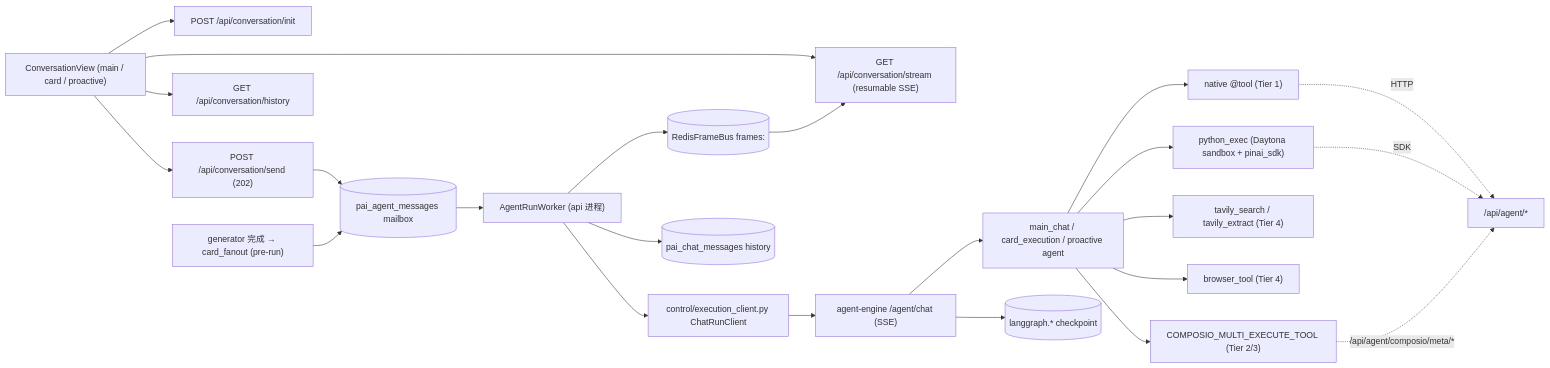
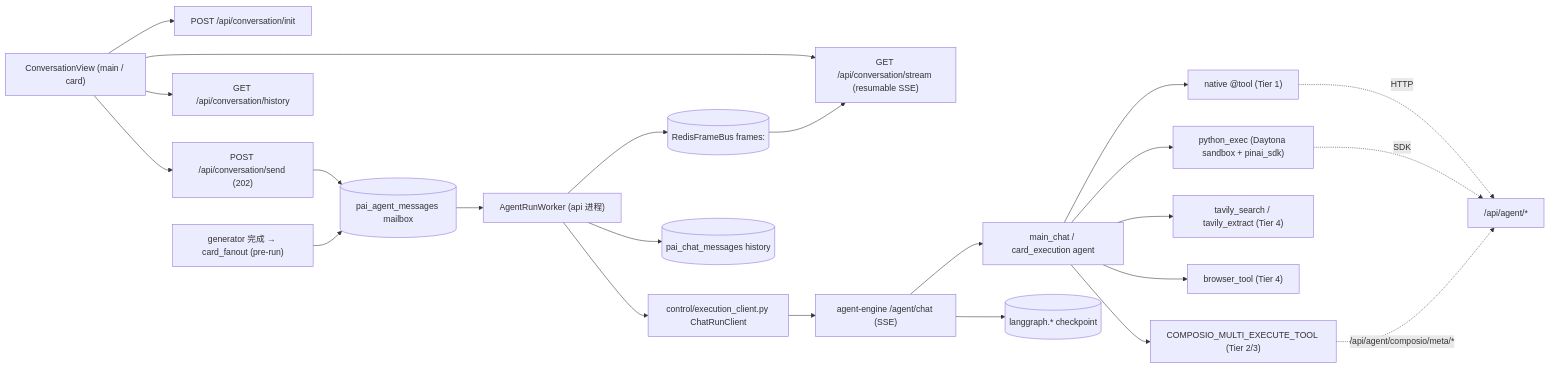
Before and after one commit to Edge-AI-HQ/proactive-assistant: the first of 2 diagrams in docs/modules/execution.mdx, drawn with Mermaid. The commit also changed other lines of this file and 9 other files, not shown here.

````diff
--- a/docs/modules/execution.mdx
+++ b/docs/modules/execution.mdx
@@ -25,25 +25,25 @@
 ```mermaid
 flowchart LR
-  UI["ConversationView (main / card / proactive)"] --> Init["POST /api/conversation/init"]
+  UI["ConversationView (main / card)"] --> Init["POST /api/conversation/init"]
   UI --> Send["POST /api/conversation/send (202)"]
   UI --> Stream["GET /api/conversation/stream (resumable SSE)"]
   UI --> Hist["GET /api/conversation/history"]
   Send --> Mailbox[("pai_agent_messages mailbox")]
   Mailbox --> Worker["AgentRunWorker (api 进程)"]
   Gen["generator 完成 → card_fanout (pre-run)"] --> Mailbox
   Worker --> Client["control/execution_client.py ChatRunClient"]
   Client --> Chat["agent-engine /agent/chat (SSE)"]
-  Chat --> Agent["main_chat / card_execution / proactive agent"]
+  Chat --> Agent["main_chat / card_execution agent"]
   Agent --> Native["native @tool (Tier 1)"]
   Agent --> Composio["COMPOSIO_MULTI_EXECUTE_TOOL (Tier 2/3)"]
   Agent --> Tavily["tavily_search / tavily_extract (Tier 4)"]
   Agent --> Browser["browser_tool (Tier 4)"]
   Agent --> PyExec["python_exec (Daytona sandbox + pinai_sdk)"]
   Native -. HTTP .-> WebAgent["/api/agent/*"]
   PyExec -. SDK .-> WebAgent
   Composio -. /api/agent/composio/meta/* .-> WebAgent
   Worker --> Bus[("RedisFrameBus frames:<session>")]
   Bus --> Stream
   Worker --> Msgs[("pai_chat_messages history")]
   Chat --> Cp[("langgraph.* checkpoint")]
 ```
````
